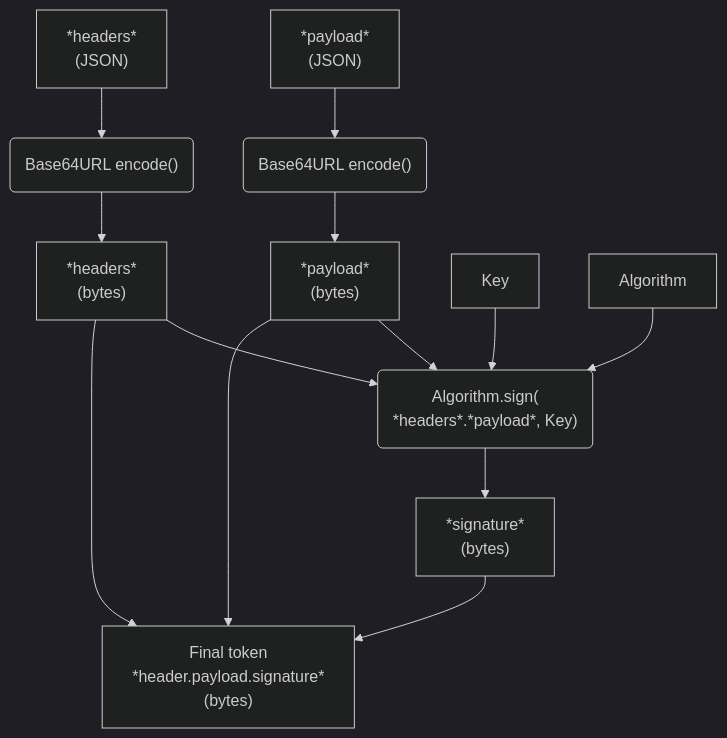
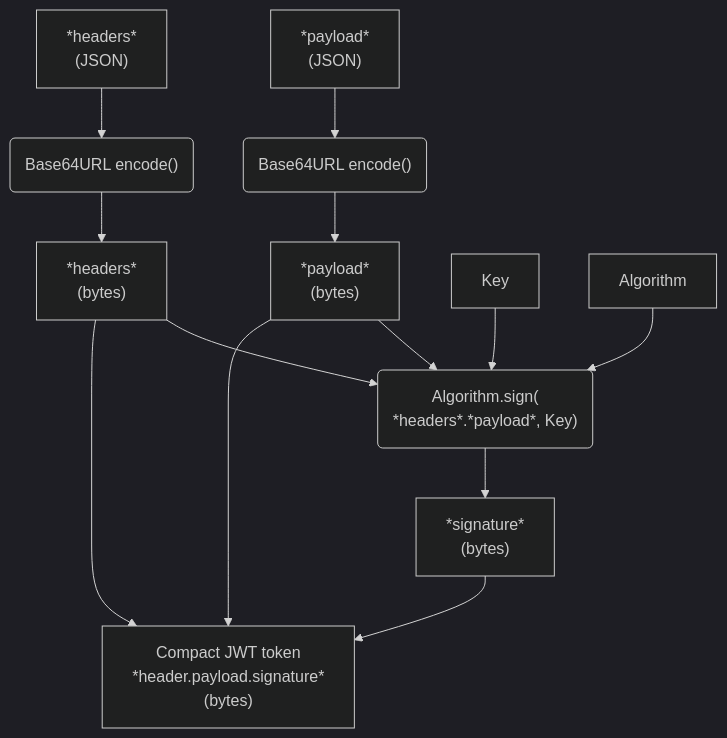
One commit to ixunio/superjwt changed the first of 2 diagrams in docs/jwt/basics.md. Above: the diagram before and after it, drawn with Mermaid (dark theme). The commit also changed other lines of this file and 9 other files, not shown here.

````diff
--- a/docs/jwt/basics.md
+++ b/docs/jwt/basics.md
@@ -106,23 +106,23 @@
 ```mermaid
 graph TB
     A["*headers* 
     (JSON)"] --> B("Base64URL encode()")
     C["*payload*
     (JSON)"] --> D("Base64URL encode()")
     D --> F["*payload*
     (bytes)"]
     B --> E["*headers*
     (bytes)"]
     E --> H("Algorithm.sign(
       *headers*.*payload*, Key)")
     F --> H
     G["Key"] --> H
     Y["Algorithm"] --> H
     H --> I["*signature*
     (bytes)"]
-    I --> J["Final token
+    I --> J["Compact JWT token
     *header.payload.signature*
     (bytes)"]
     F --> J
     E --> J
 ```
````
